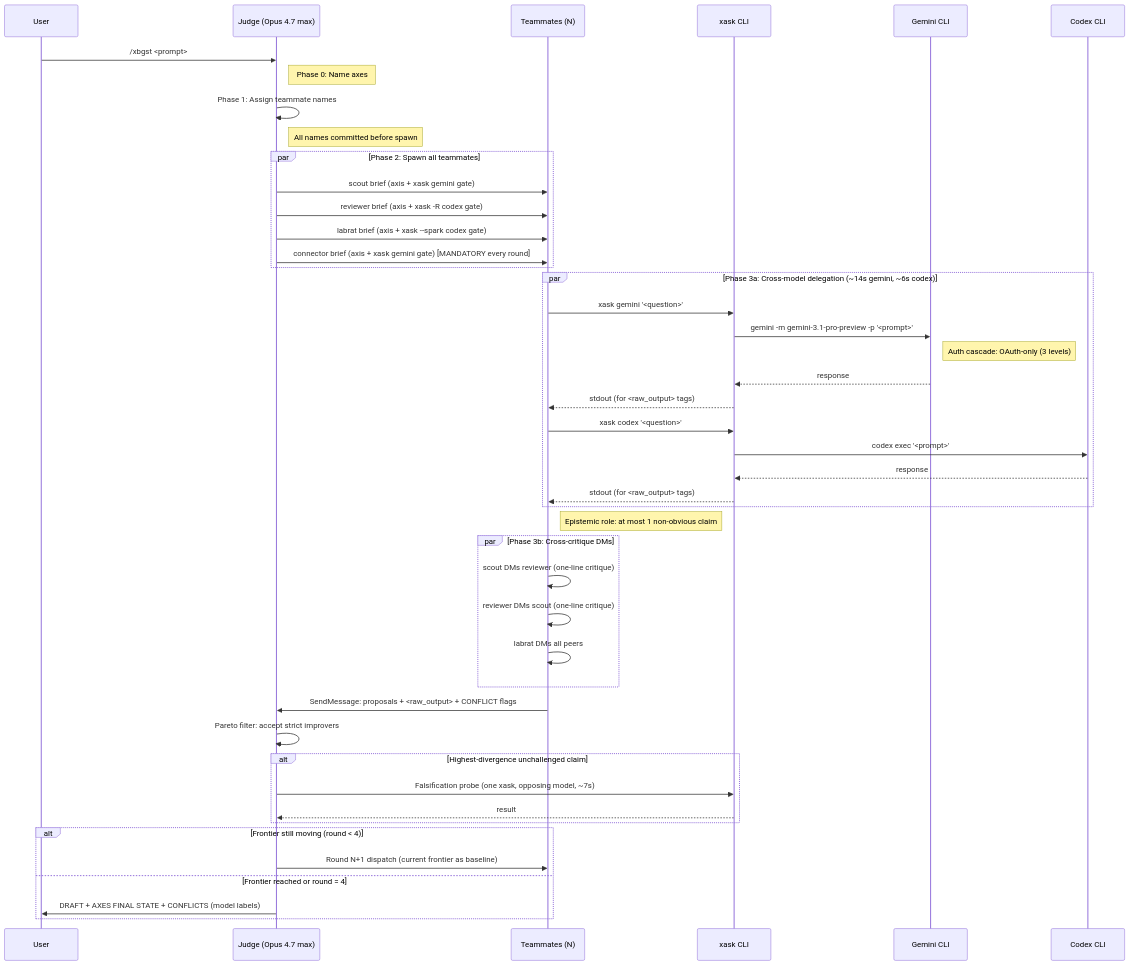
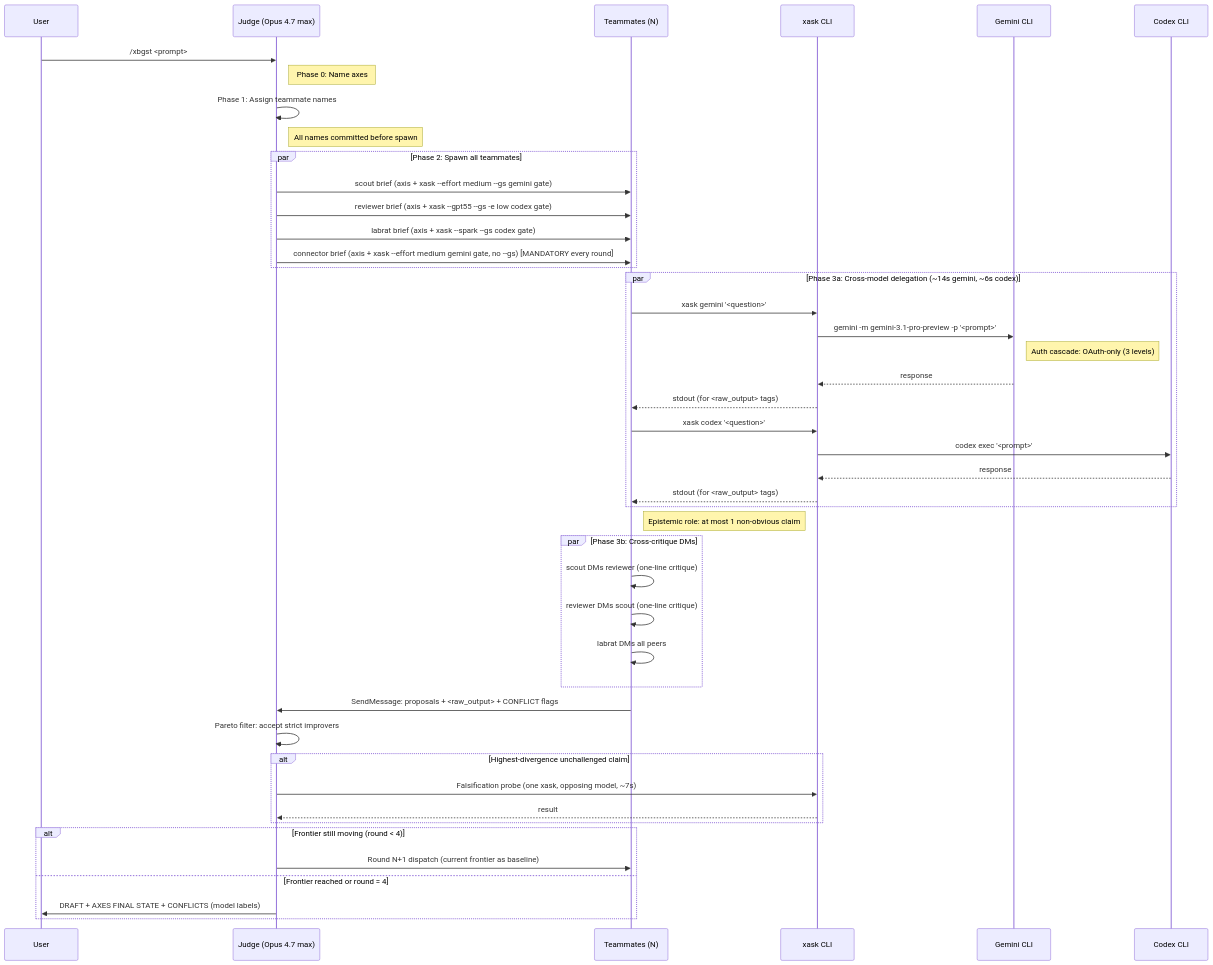
Before and after one commit to VeigaPunk/xbrd-gdsp-fknpft: the tenth of 11 diagrams in docs/command-flows.md, drawn with Mermaid. The commit also changed other lines of this file and 8 other files, not shown here.

First line of the commit message:
docs(xbgst): rewire codex lanes to gpt-5.5 + gemini medium + --gs

````diff
--- a/docs/command-flows.md
+++ b/docs/command-flows.md
@@ -294,57 +298,57 @@
 ```mermaid
 sequenceDiagram
     participant U as User
     participant J as Judge (Opus 4.7 max)
     participant T as Teammates (N)
     participant X as xask CLI
     participant G as Gemini CLI
     participant C as Codex CLI
 
     U->>J: /xbgst <prompt>
     Note right of J: Phase 0: Name axes
 
     J->>J: Phase 1: Assign teammate names
     Note right of J: All names committed before spawn
 
     par Phase 2: Spawn all teammates
-        J->>T: scout brief (axis + xask gemini gate)
-        J->>T: reviewer brief (axis + xask -R codex gate)
-        J->>T: labrat brief (axis + xask --spark codex gate)
-        J->>T: connector brief (axis + xask gemini gate) [MANDATORY every round]
+        J->>T: scout brief (axis + xask --effort medium --gs gemini gate)
+        J->>T: reviewer brief (axis + xask --gpt55 --gs -e low codex gate)
+        J->>T: labrat brief (axis + xask --spark --gs codex gate)
+        J->>T: connector brief (axis + xask --effort medium gemini gate, no --gs) [MANDATORY every round]
     end
 
     par Phase 3a: Cross-model delegation (~14s gemini, ~6s codex)
         T->>X: xask gemini '<question>'
         X->>G: gemini -m gemini-3.1-pro-preview -p '<prompt>'
         Note right of G: Auth cascade: OAuth-only (3 levels)
         G-->>X: response
         X-->>T: stdout (for <raw_output> tags)
         T->>X: xask codex '<question>'
         X->>C: codex exec '<prompt>'
         C-->>X: response
         X-->>T: stdout (for <raw_output> tags)
     end
 
     Note right of T: Epistemic role: at most 1 non-obvious claim
 
     par Phase 3b: Cross-critique DMs
         T->>T: scout DMs reviewer (one-line critique)
         T->>T: reviewer DMs scout (one-line critique)
         T->>T: labrat DMs all peers
     end
 
     T->>J: SendMessage: proposals + <raw_output> + CONFLICT flags
 
     J->>J: Pareto filter: accept strict improvers
 
     alt Highest-divergence unchallenged claim
         J->>X: Falsification probe (one xask, opposing model, ~7s)
         X-->>J: result
     end
 
     alt Frontier still moving (round < 4)
         J->>T: Round N+1 dispatch (current frontier as baseline)
     else Frontier reached or round = 4
         J->>U: DRAFT + AXES FINAL STATE + CONFLICTS (model labels)
     end
 ```
````
